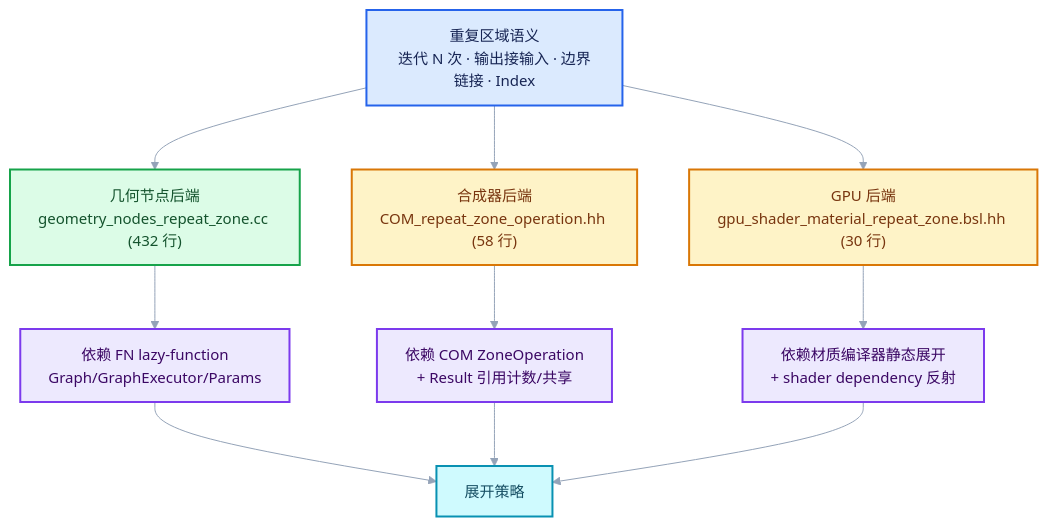
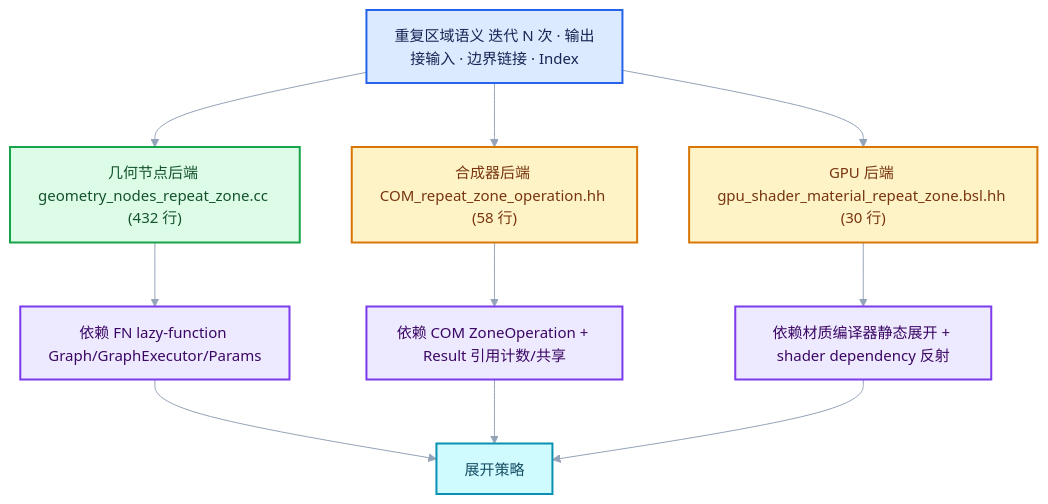
Before and after one commit to yunkezengren/blender-.vscode: the seventh of 7 diagrams in 杂/markdown/重复区域-dsh/90-实现依赖专题/README.md, drawn with Mermaid. The commit also changed other lines of this file and 27 other files, not shown here.

````diff
--- a/杂/markdown/重复区域-dsh/90-实现依赖专题/README.md
+++ b/杂/markdown/重复区域-dsh/90-实现依赖专题/README.md
@@ -1628,27 +1585,27 @@
 ```mermaid
 %%{init: {"theme":"base","themeVariables":{"fontFamily":"\"Segoe UI\",\"Microsoft YaHei\",sans-serif","fontSize":"15px","lineColor":"#94A3B8","edgeLabelBackground":"#FFFFFF","clusterBkg":"#F8FAFC","clusterBorder":"#CBD5E1"},"flowchart":{"htmlLabels":false,"curve":"basis","nodeSpacing":52,"rankSpacing":64,"padding":14,"diagramPadding":16,"useMaxWidth":true},"sequence":{"useMaxWidth":true,"wrap":true,"mirrorActors":false,"messageMargin":36}}}%%
 flowchart TB
-    SEM["重复区域语义<br/>迭代 N 次 · 输出接输入 · 边界链接 · Index"]:::input
-    GN["几何节点后端<br/>geometry_nodes_repeat_zone.cc (432 行)"]:::result
-    LFDEP["依赖 FN lazy-function<br/>Graph/GraphExecutor/Params"]:::abstraction
-    COM["合成器后端<br/>COM_repeat_zone_operation.hh (58 行)"]:::compute
-    COMDEP["依赖 COM ZoneOperation<br/>+ Result 引用计数/共享"]:::abstraction
-    GPU["GPU 后端<br/>gpu_shader_material_repeat_zone.bsl.hh (30 行)"]:::compute
-    GPUDEP["依赖材质编译器静态展开<br/>+ shader dependency 反射"]:::abstraction
+    SEM["重复区域语义 迭代 N 次 · 输出接输入 · 边界链接 · Index"]:::input
+    GN["几何节点后端 geometry_nodes_repeat_zone.cc (432 行)"]:::result
+    LFDEP["依赖 FN lazy-function Graph/GraphExecutor/Params"]:::abstraction
+    COM["合成器后端 COM_repeat_zone_operation.hh (58 行)"]:::compute
+    COMDEP["依赖 COM ZoneOperation + Result 引用计数/共享"]:::abstraction
+    GPU["GPU 后端 gpu_shader_material_repeat_zone.bsl.hh (30 行)"]:::compute
+    GPUDEP["依赖材质编译器静态展开 + shader dependency 反射"]:::abstraction
     STR["展开策略"]:::data
     SEM --> GN
     SEM --> COM
     SEM --> GPU
     GN --> LFDEP
     COM --> COMDEP
     GPU --> GPUDEP
     LFDEP --> STR
     COMDEP --> STR
     GPUDEP --> STR
     classDef input fill:#DBEAFE,stroke:#2563EB,color:#172554,stroke-width:2px;
     classDef data fill:#CFFAFE,stroke:#0891B2,color:#164E63,stroke-width:2px;
     classDef abstraction fill:#EDE9FE,stroke:#7C3AED,color:#3B0764,stroke-width:2px;
     classDef compute fill:#FEF3C7,stroke:#D97706,color:#78350F,stroke-width:2px;
     classDef result fill:#DCFCE7,stroke:#16A34A,color:#14532D,stroke-width:2px;
     classDef error fill:#FEE2E2,stroke:#DC2626,color:#7F1D1D,stroke-width:2px;
 ```
````
